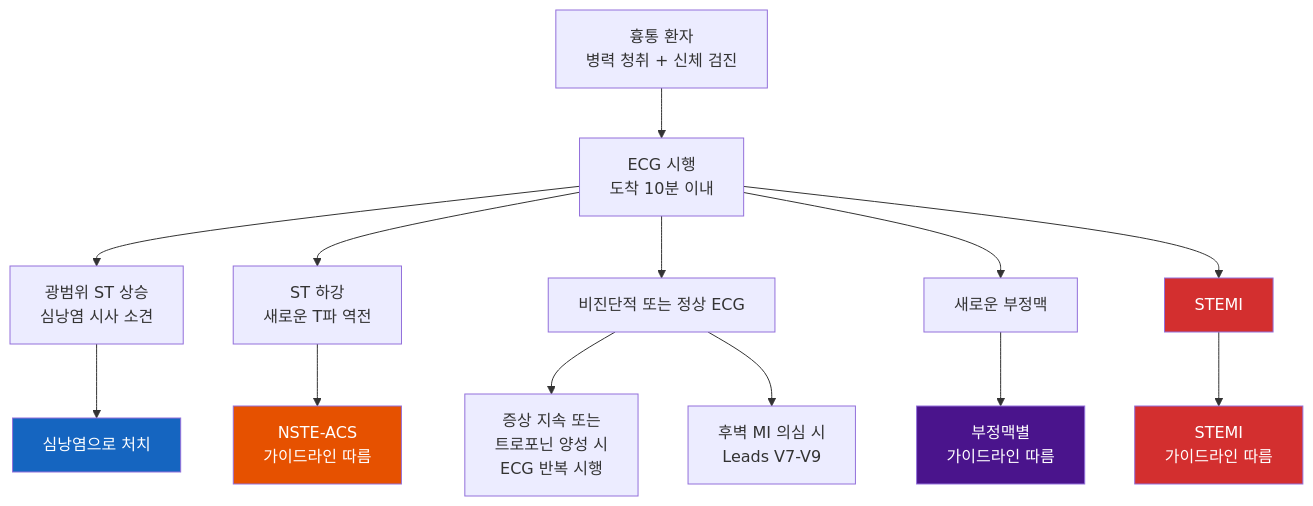
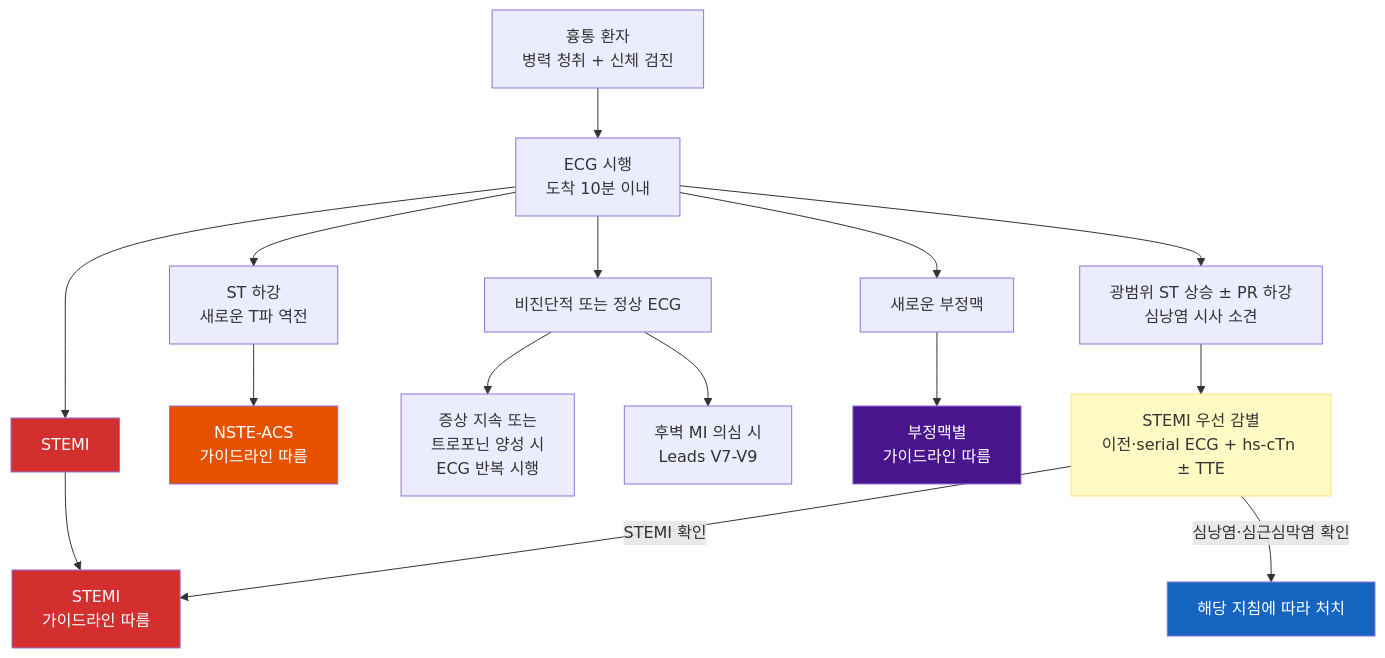
Before and after one commit to familyoh77/familyoh77: the first of 2 diagrams in 220_/002_-chest-pain.md, drawn with Mermaid. The commit also changed other lines of this file, not shown here.

````diff
--- a/220_/002_-chest-pain.md
+++ b/220_/002_-chest-pain.md
@@ -125,28 +127,31 @@
 ```mermaid
 flowchart TD
     A["흉통 환자<br>병력 청취 + 신체 검진"] --> B["ECG 시행<br>도착 10분 이내"]
 
-    B --> C["광범위 ST 상승<br>심낭염 시사 소견"]
+    B --> C["광범위 ST 상승 ± PR 하강<br>심낭염 시사 소견"]
     B --> D["ST 하강<br>새로운 T파 역전"]
     B --> E["비진단적 또는 정상 ECG"]
     B --> F["새로운 부정맥"]
 
-    C --> G["심낭염으로 처치"]
+    C --> G["STEMI 우선 감별<br>이전·serial ECG + hs-cTn ± TTE"]
+    G -->|STEMI 확인| O
+    G -->|심낭염·심근심막염 확인| P["해당 지침에 따라 처치"]
 
     D --> H["NSTE-ACS<br>가이드라인 따름"]
 
     E --> I["증상 지속 또는<br>트로포닌 양성 시<br>ECG 반복 시행"]
     E --> K["후벽 MI 의심 시<br>Leads V7-V9"]
 
     F --> M["부정맥별<br>가이드라인 따름"]
 
     B --> N["STEMI"]
     N --> O["STEMI<br>가이드라인 따름"]
 
     style N fill:#d32f2f,color:#fff
     style O fill:#d32f2f,color:#fff
     style H fill:#e65100,color:#fff
-    style G fill:#1565c0,color:#fff
+    style G fill:#fff9c4,stroke:#ffe082
+    style P fill:#1565c0,color:#fff
     style M fill:#4a148c,color:#fff
 
 ```
````
